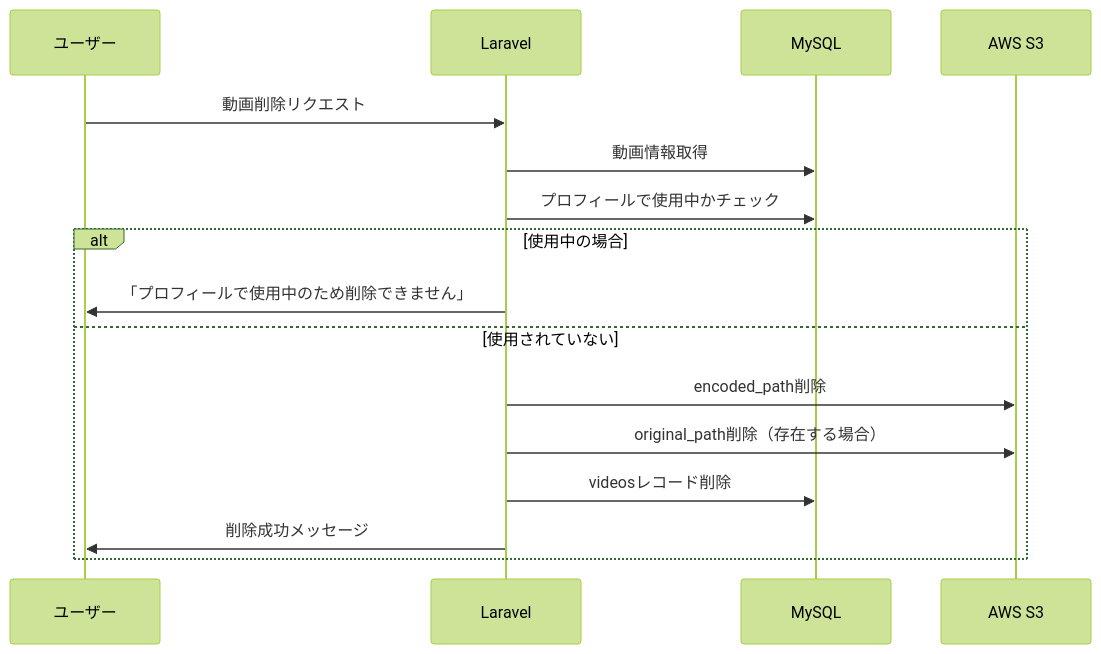
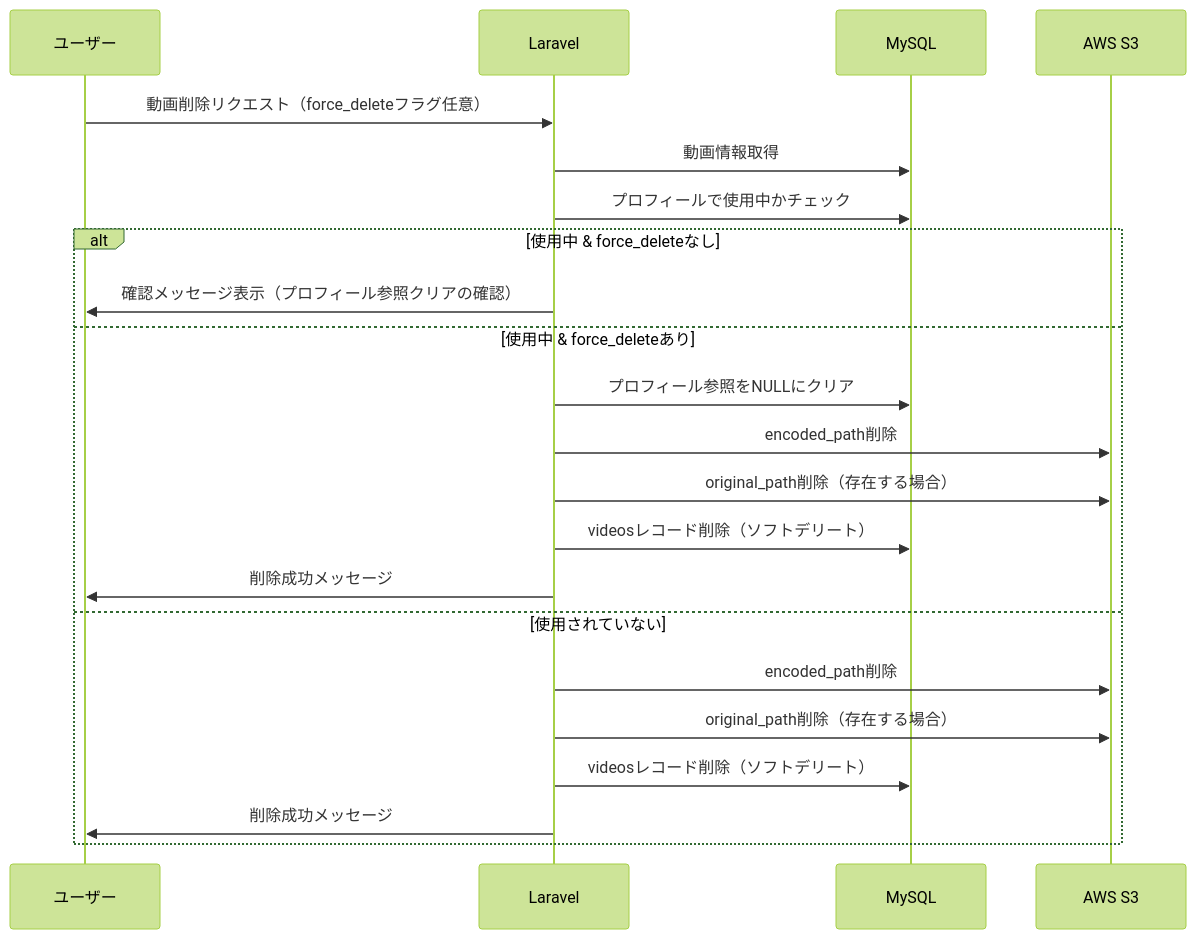
The seventh of 7 diagrams in docs/design-docs/05_data_flow.md (tetsu2026/movie-profile), drawn with Mermaid (forest theme) before and after one commit. The commit also changed other lines of this file and 9 other files, not shown here.

````diff
--- a/docs/design-docs/05_data_flow.md
+++ b/docs/design-docs/05_data_flow.md
@@ -187,20 +187,26 @@
 ```mermaid
 sequenceDiagram
     participant U as ユーザー
     participant L as Laravel
     participant DB as MySQL
     participant S3 as AWS S3
 
-    U->>L: 動画削除リクエスト
+    U->>L: 動画削除リクエスト（force_deleteフラグ任意）
     L->>DB: 動画情報取得
     L->>DB: プロフィールで使用中かチェック
 
-    alt 使用中の場合
-        L->>U: 「プロフィールで使用中のため削除できません」
+    alt 使用中 & force_deleteなし
+        L->>U: 確認メッセージ表示（プロフィール参照クリアの確認）
+    else 使用中 & force_deleteあり
+        L->>DB: プロフィール参照をNULLにクリア
+        L->>S3: encoded_path削除
+        L->>S3: original_path削除（存在する場合）
+        L->>DB: videosレコード削除（ソフトデリート）
+        L->>U: 削除成功メッセージ
     else 使用されていない
         L->>S3: encoded_path削除
         L->>S3: original_path削除（存在する場合）
-        L->>DB: videosレコード削除
+        L->>DB: videosレコード削除（ソフトデリート）
         L->>U: 削除成功メッセージ
     end
 ```
````
